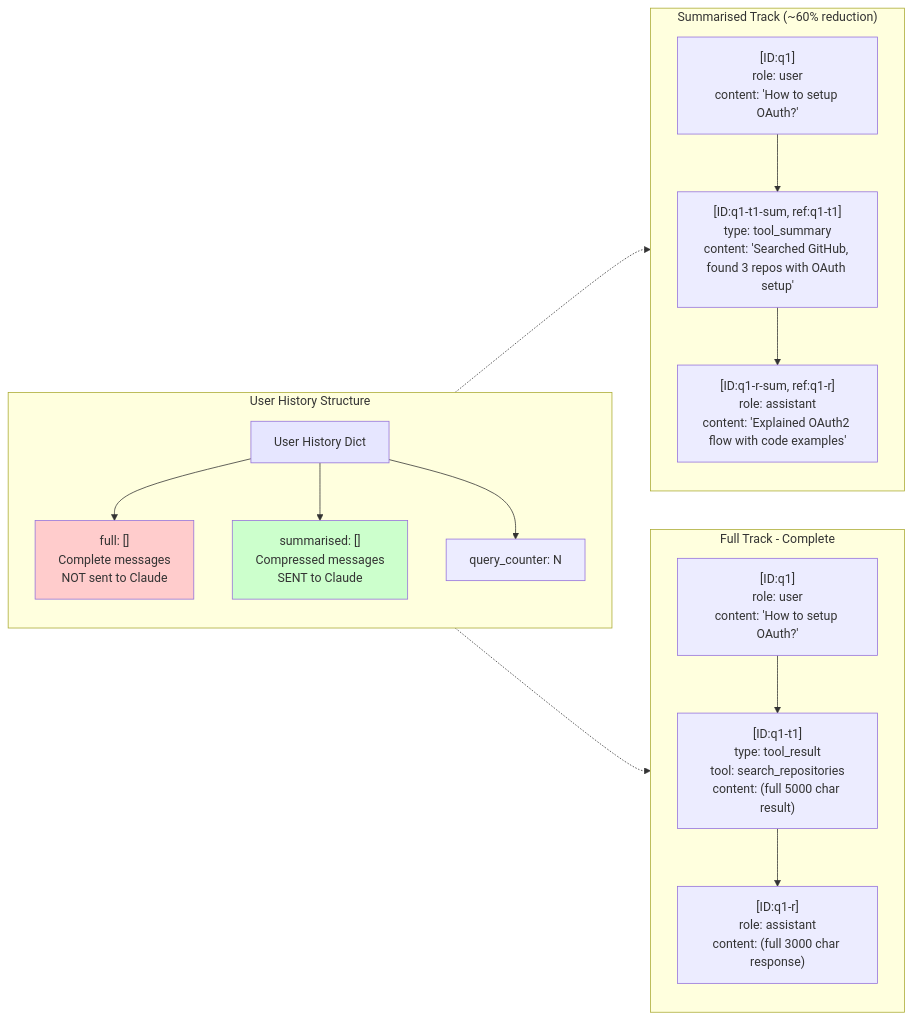
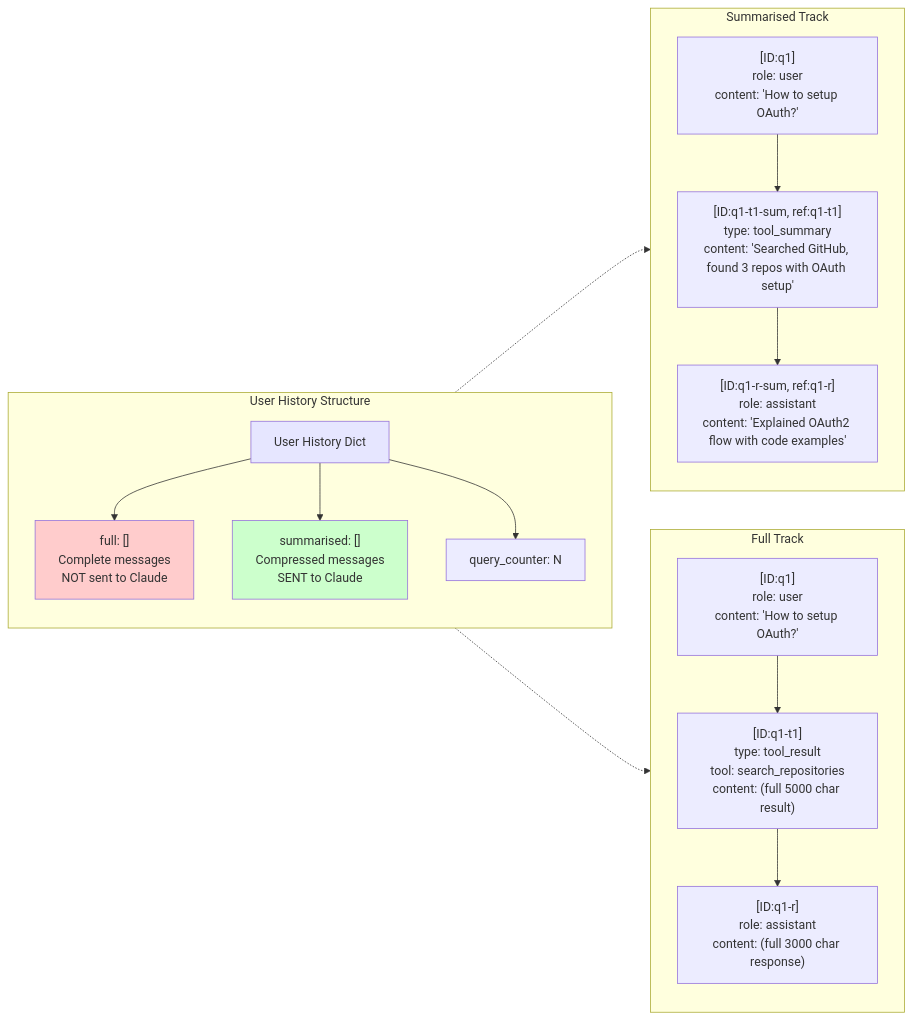
Before and after one commit to Suraj198-creator/Kler: the third of 7 diagrams in TOOL_ORCHESTRATION_FLOW.md, drawn with Mermaid.

````diff
--- a/TOOL_ORCHESTRATION_FLOW.md
+++ b/TOOL_ORCHESTRATION_FLOW.md
@@ -149,39 +149,39 @@
 ```mermaid
 graph LR
     subgraph "User History Structure"
         direction TB
         History[User History Dict]
         Full["full: []<br/>Complete messages<br/>NOT sent to Claude"]
         Summarised["summarised: []<br/>Compressed messages<br/>SENT to Claude"]
         Counter[query_counter: N]
 
         History --> Full
         History --> Summarised
         History --> Counter
     end
 
-    subgraph "Full Track - Complete"
+    subgraph "Full Track"
         direction TB
         F1["[ID:q1]<br/>role: user<br/>content: 'How to setup OAuth?'"]
         F2["[ID:q1-t1]<br/>type: tool_result<br/>tool: search_repositories<br/>content: (full 5000 char result)"]
         F3["[ID:q1-r]<br/>role: assistant<br/>content: (full 3000 char response)"]
 
         F1 --> F2 --> F3
     end
 
-    subgraph "Summarised Track (~60% reduction)"
+    subgraph "Summarised Track"
         direction TB
         S1["[ID:q1]<br/>role: user<br/>content: 'How to setup OAuth?'"]
         S2["[ID:q1-t1-sum, ref:q1-t1]<br/>type: tool_summary<br/>content: 'Searched GitHub, found 3 repos with OAuth setup'"]
         S3["[ID:q1-r-sum, ref:q1-r]<br/>role: assistant<br/>content: 'Explained OAuth2 flow with code examples'"]
 
         S1 --> S2 --> S3
     end
 
     Full -.-> F1
     Summarised -.-> S1
 
     style Full fill:#ffcccc
     style Summarised fill:#ccffcc
     style History fill:#e6e6ff
 ```
````
